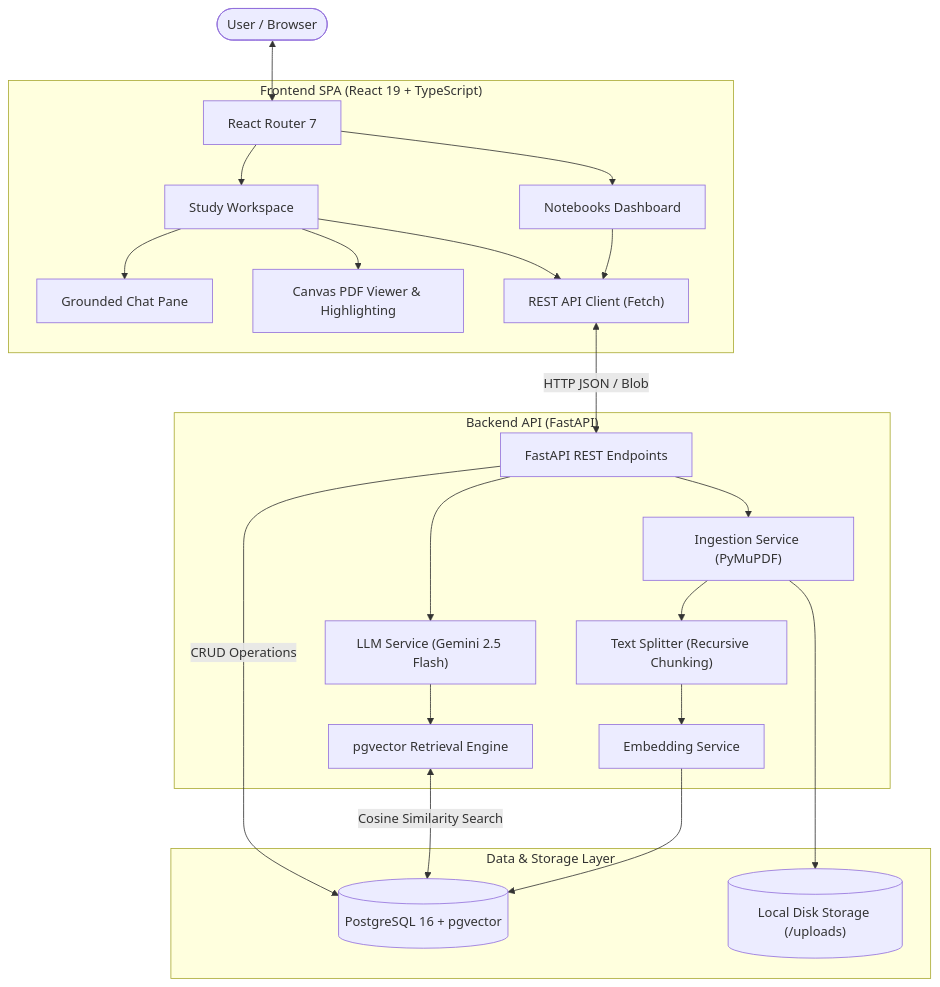
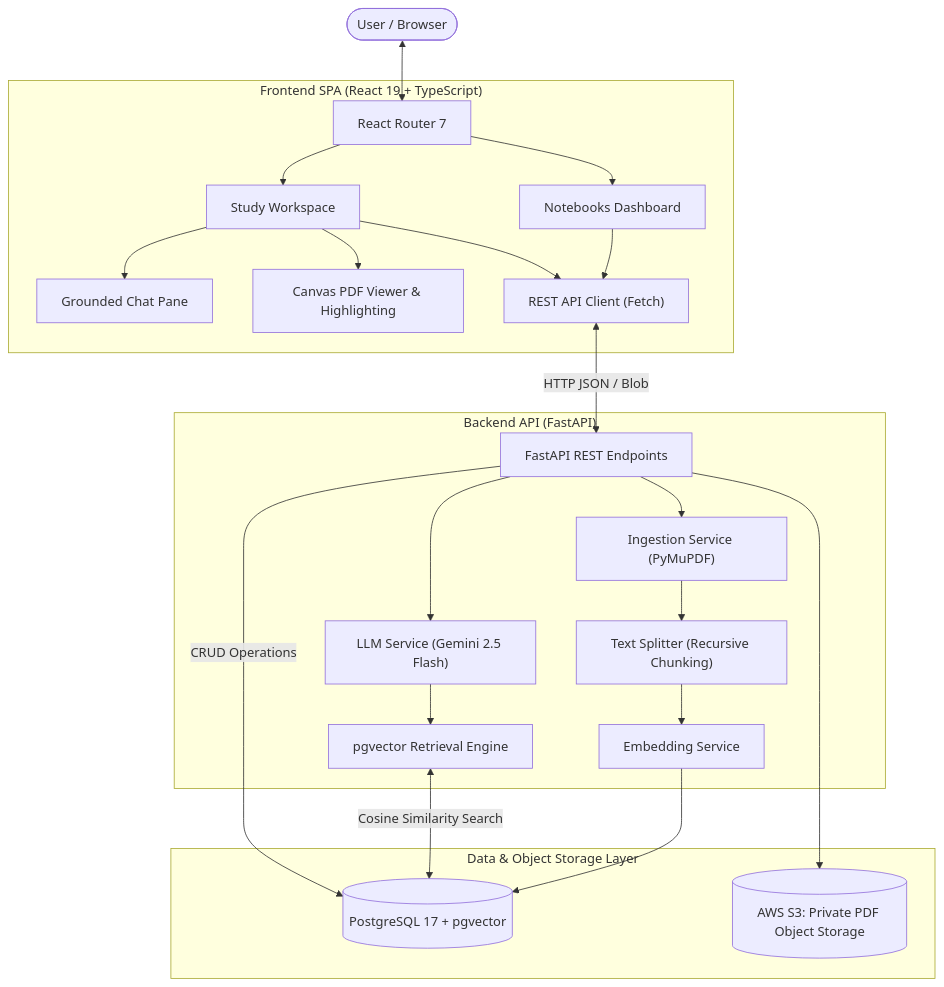
The first of 2 diagrams in docs/architecture.md (reganvannguyen/SourceLearn), drawn with Mermaid before and after one commit. The commit also changed other lines of this file and 5 other files, not shown here.

````diff
--- a/docs/architecture.md
+++ b/docs/architecture.md
@@ -15,47 +15,47 @@
 ```mermaid
 graph TD
     User([User / Browser])
     
     subgraph Frontend ["Frontend SPA (React 19 + TypeScript)"]
         Router["React Router 7"]
         Dashboard["Notebooks Dashboard"]
         StudySpace["Study Workspace"]
         Chat["Grounded Chat Pane"]
         PDFViewer["Canvas PDF Viewer & Highlighting"]
         ApiClient["REST API Client (Fetch)"]
     end
     
     subgraph Backend ["Backend API (FastAPI)"]
         FastAPI["FastAPI REST Endpoints"]
         IngestionSvc["Ingestion Service (PyMuPDF)"]
         ChunkerSvc["Text Splitter (Recursive Chunking)"]
         EmbedSvc["Embedding Service"]
         RetrievalSvc["pgvector Retrieval Engine"]
         LLMSvc["LLM Service (Gemini 2.5 Flash)"]
     end
     
-    subgraph Database ["Data & Storage Layer"]
-        Postgres[(PostgreSQL 16 + pgvector)]
-        FileStore[("Local Disk Storage (/uploads)")]
+    subgraph Storage ["Data & Object Storage Layer"]
+        Postgres[(PostgreSQL 17 + pgvector)]
+        S3Store[("AWS S3: Private PDF Object Storage")]
     end
 
     User <--> Router
     Router --> Dashboard
     Router --> StudySpace
     StudySpace --> Chat
     StudySpace --> PDFViewer
     
     Dashboard & StudySpace --> ApiClient
     ApiClient <-->|HTTP JSON / Blob| FastAPI
     
+    FastAPI --> S3Store
     FastAPI --> IngestionSvc
-    IngestionSvc --> FileStore
     IngestionSvc --> ChunkerSvc
     ChunkerSvc --> EmbedSvc
     EmbedSvc --> Postgres
     
     FastAPI --> LLMSvc
     LLMSvc --> RetrievalSvc
     RetrievalSvc <-->|Cosine Similarity Search| Postgres
     FastAPI -->|CRUD Operations| Postgres
 ```
````
